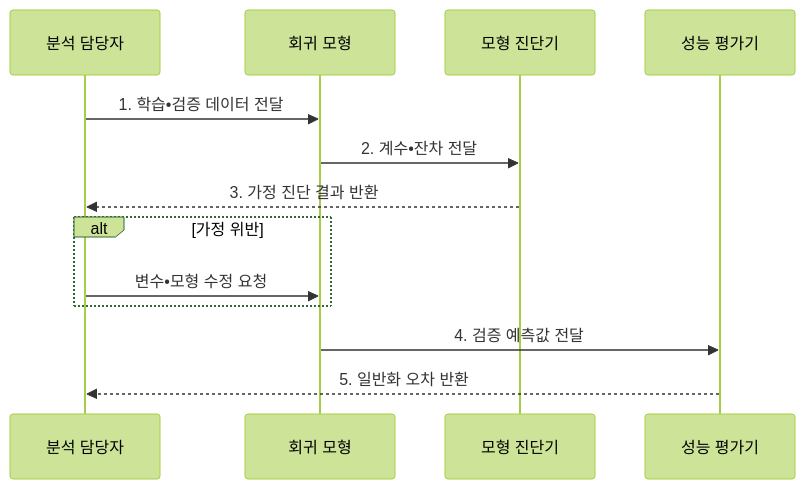
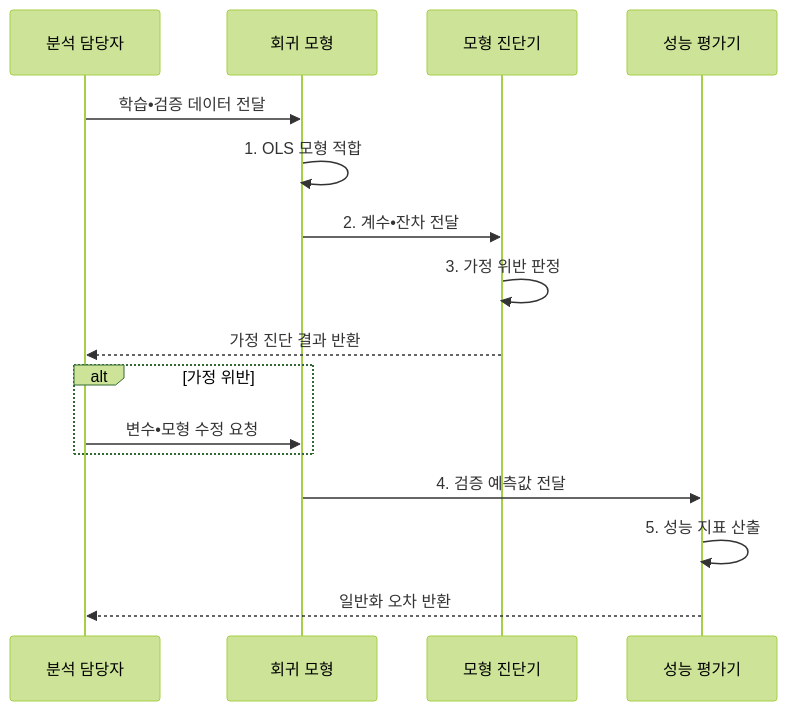
The second of 2 diagrams in src/content/docs/notes/01-basic-theory/034_regression_analysis.md (agnusdei1207/knowledge-base), drawn with Mermaid (forest theme) before and after one commit. The commit also changed other lines of this file and 20 other files, not shown here.

````diff
--- a/src/content/docs/notes/01-basic-theory/034_regression_analysis.md
+++ b/src/content/docs/notes/01-basic-theory/034_regression_analysis.md
@@ -87,15 +87,18 @@
 ```mermaid
 sequenceDiagram
     participant A as 분석 담당자
     participant M as 회귀 모형
     participant D as 모형 진단기
     participant E as 성능 평가기
-    A->>M: 1. 학습•검증 데이터 전달
+    A->>M: 학습•검증 데이터 전달
+    M->>M: 1. OLS 모형 적합
     M->>D: 2. 계수•잔차 전달
-    D-->>A: 3. 가정 진단 결과 반환
+    D->>D: 3. 가정 위반 판정
+    D-->>A: 가정 진단 결과 반환
     alt 가정 위반
         A->>M: 변수•모형 수정 요청
     end
     M->>E: 4. 검증 예측값 전달
-    E-->>A: 5. 일반화 오차 반환
+    E->>E: 5. 성능 지표 산출
+    E-->>A: 일반화 오차 반환
 ```
````
